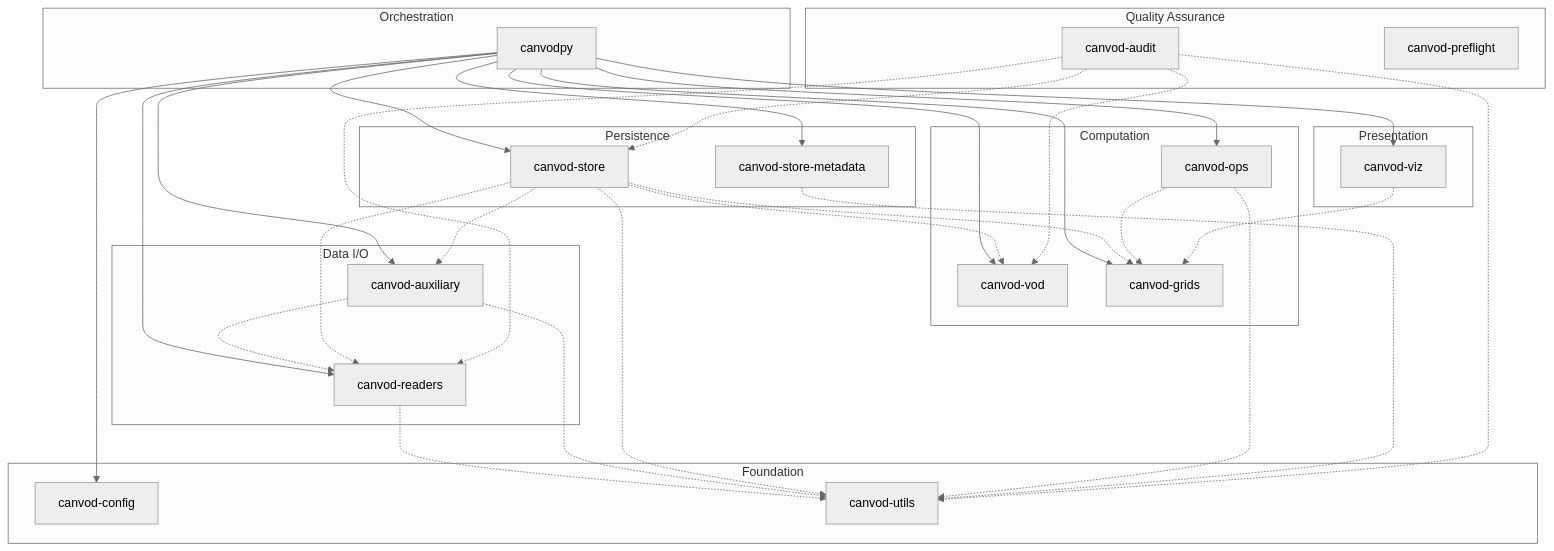
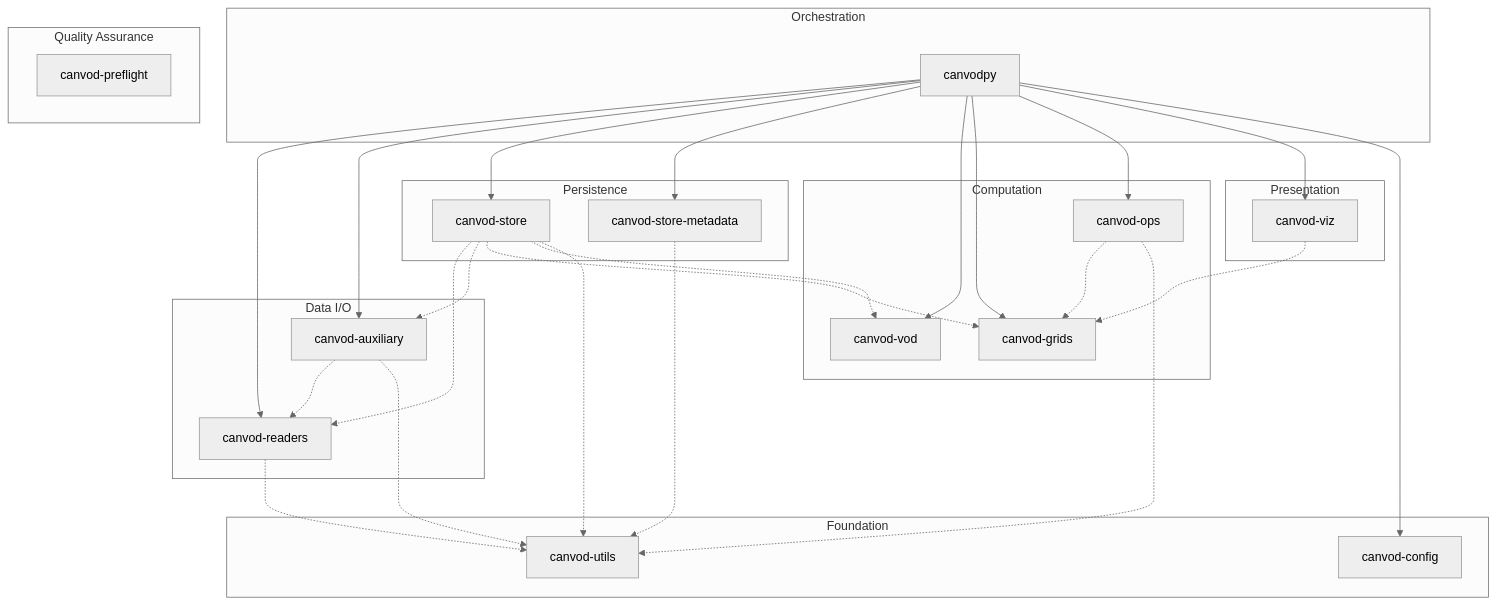
The first of 2 diagrams in docs/architecture.md (nfb2021/canvodpy), drawn with Mermaid (neutral theme) before and after one commit. The commit also changed other lines of this file and 84 other files, not shown here.

````diff
--- a/docs/architecture.md
+++ b/docs/architecture.md
@@ -35,58 +35,53 @@
 ```mermaid
 graph TD
     subgraph ORCHESTRATION["Orchestration"]
         CANVODPY["canvodpy"]
     end
 
     subgraph COMPUTE["Computation"]
         VOD["canvod-vod"]
         GRIDS["canvod-grids"]
         OPS["canvod-ops"]
     end
 
     subgraph STORE_LAYER["Persistence"]
         STORE["canvod-store"]
         STOREMETA["canvod-store-metadata"]
     end
 
     subgraph DATAIO["Data I/O"]
         READERS["canvod-readers"]
         AUX["canvod-auxiliary"]
     end
 
     subgraph PRESENT["Presentation"]
         VIZ["canvod-viz"]
     end
 
     subgraph QA["Quality Assurance"]
-        AUDIT["canvod-audit"]
         PREFLIGHT["canvod-preflight"]
     end
 
     subgraph FOUNDATION["Foundation"]
         CONFIG["canvod-config"]
         UTILS["canvod-utils"]
     end
 
     CANVODPY --> READERS & AUX
     CANVODPY --> STORE & STOREMETA
     CANVODPY --> VOD & GRIDS & OPS & VIZ
     CANVODPY --> CONFIG
 
     READERS -.-> UTILS
     AUX -.-> READERS
     AUX -.-> UTILS
     STORE -.-> READERS
     STORE -.-> AUX
     STORE -.-> GRIDS
     STORE -.-> VOD
     STORE -.-> UTILS
     OPS -.-> GRIDS
     OPS -.-> UTILS
     VIZ -.-> GRIDS
     STOREMETA -.-> UTILS
-    AUDIT -.-> READERS
-    AUDIT -.-> STORE
-    AUDIT -.-> VOD
-    AUDIT -.-> UTILS
 ```
````
